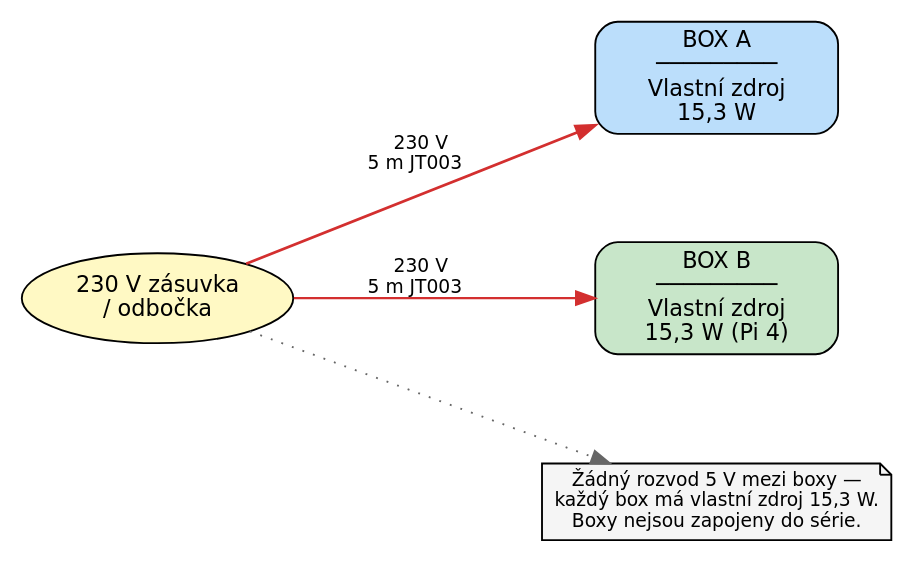
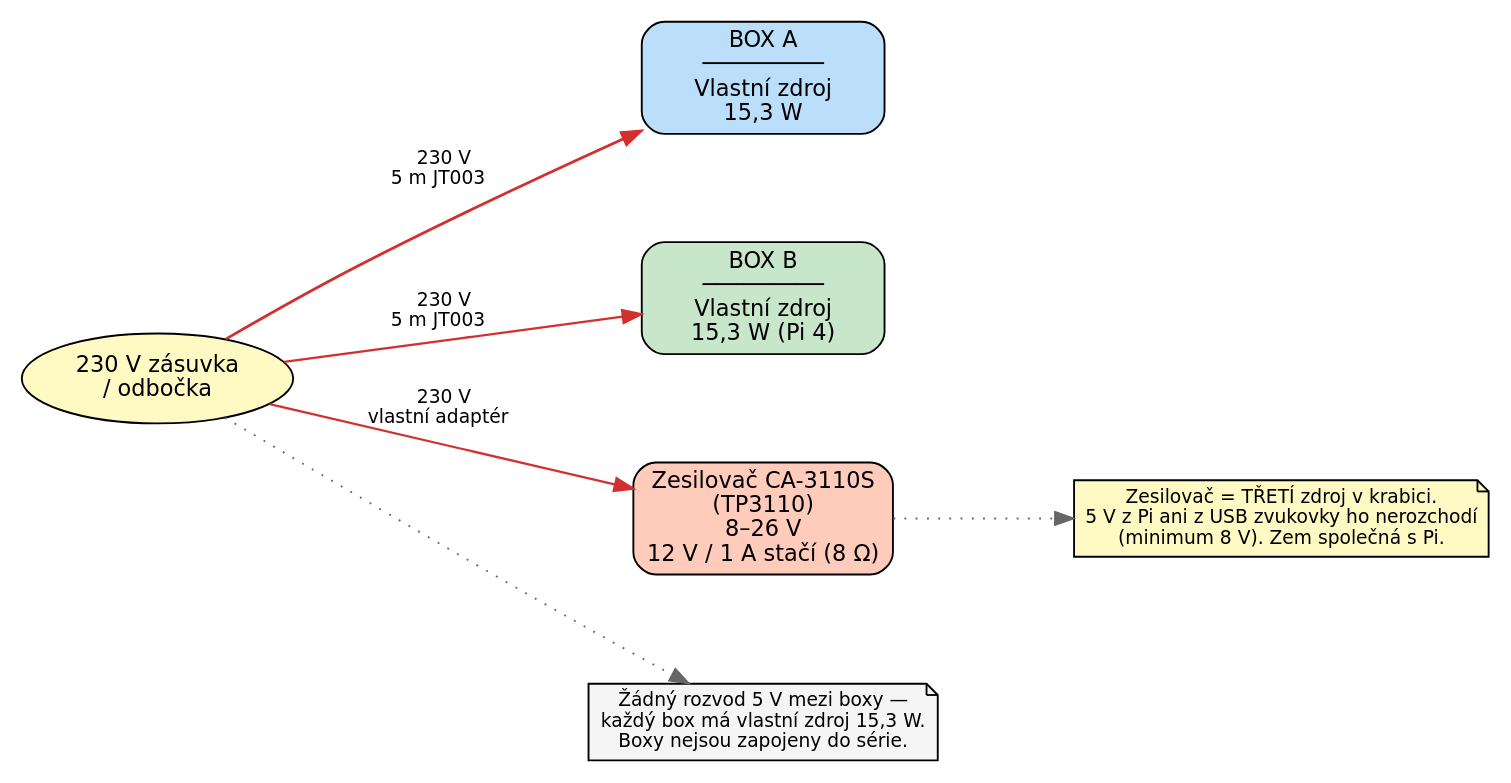
One commit to K0F/1938_ABC changed the diagram in docs/dot/sch_09_power_dist.dot. Above: the diagram before and after it, drawn with Graphviz. The commit also changed 8 other files, not shown here.

```diff
--- a/docs/dot/sch_09_power_dist.dot
+++ b/docs/dot/sch_09_power_dist.dot
@@ -1,21 +1,26 @@
 // SCH §5 — Napájení — každý box samostatně do zásuvky 230 V
 digraph G {
     graph [fontname="DejaVu Sans" rankdir=LR bgcolor="white" nodesep=0.8 ranksep=1.0];
 node [fontname="DejaVu Sans" fontsize=12 style="filled"];
 edge [fontname="DejaVu Sans" fontsize=10];
 
 // 230V source
 siet [label="230 V zásuvka\n/ odbočka" shape=oval fillcolor="#fff9c4"];
 
 // Boxes
 boxA [label="BOX A\n─────────\nVlastní zdroj\n15,3 W" shape=box style="filled,rounded" fillcolor="#bbdefb" width=1.8];
 boxB [label="BOX B\n─────────\nVlastní zdroj\n15,3 W (Pi 4)" shape=box style="filled,rounded" fillcolor="#c8e6c9" width=1.8];
+amp [label="Zesilovač CA-3110S\n(TP3110)\n8–26 V\n12 V / 1 A stačí (8 Ω)" shape=box style="filled,rounded" fillcolor="#ffccbc" width=1.8];
 
 // Cables — každý box jde do zásuvky samostatně, jen 230 V, 5 V se nerozvádí
 siet -> boxA [label="  230 V\n  5 m JT003  " color="#d32f2f" penwidth=1.5];
 siet -> boxB [label="  230 V\n  5 m JT003  " color="#d32f2f" penwidth=1.2];
+siet -> amp [label="  230 V\n  vlastní adaptér  " color="#d32f2f" penwidth=1.2];
 
 // Notes
 note [label="Žádný rozvod 5 V mezi boxy —\nkaždý box má vlastní zdroj 15,3 W.\nBoxy nejsou zapojeny do série." shape=note fillcolor="#f5f5f5" fontsize=10];
 siet -> note [style=dotted color="#666666"];
+
+note2 [label="Zesilovač = TŘETÍ zdroj v krabici.\n5 V z Pi ani z USB zvukovky ho nerozchodí\n(minimum 8 V). Zem společná s Pi." shape=note fillcolor="#fff9c4" fontsize=10];
+amp -> note2 [style=dotted color="#666666"];
 }
```
